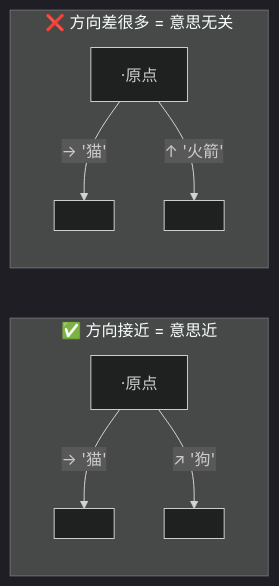
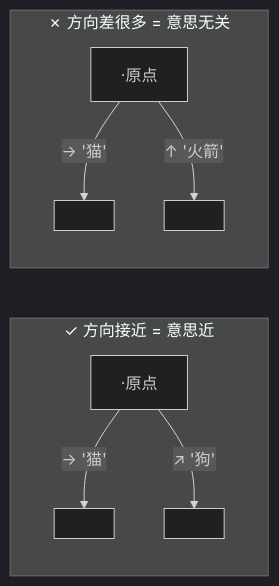
One commit to luckykhy/KhyAiHub changed the fifth of 8 diagrams in docs/02_CONCEPTS_概念入门/CONCEPT/[CONCEPT-09] 什么是Embedding-向量.md. Above: the diagram before and after it, drawn with Mermaid (dark theme). The commit also changed other lines of this file and 19 other files, not shown here.

````diff
--- a/docs/02_CONCEPTS_概念入门/CONCEPT/[CONCEPT-09] 什么是Embedding-向量.md
+++ b/docs/02_CONCEPTS_概念入门/CONCEPT/[CONCEPT-09] 什么是Embedding-向量.md
@@ -167,11 +167,11 @@
 ```mermaid
 flowchart LR
-  subgraph 近["✅ 方向接近 = 意思近"]
+  subgraph 近["✓ 方向接近 = 意思近"]
     O1["·原点"] -->|"→ '猫'"| P1[" "]
     O1 -->|"↗ '狗'"| P2[" "]
   end
-  subgraph 远["❌ 方向差很多 = 意思无关"]
+  subgraph 远["✗ 方向差很多 = 意思无关"]
     O2["·原点"] -->|"→ '猫'"| P3[" "]
     O2 -->|"↑ '火箭'"| P4[" "]
   end
 ```
````
